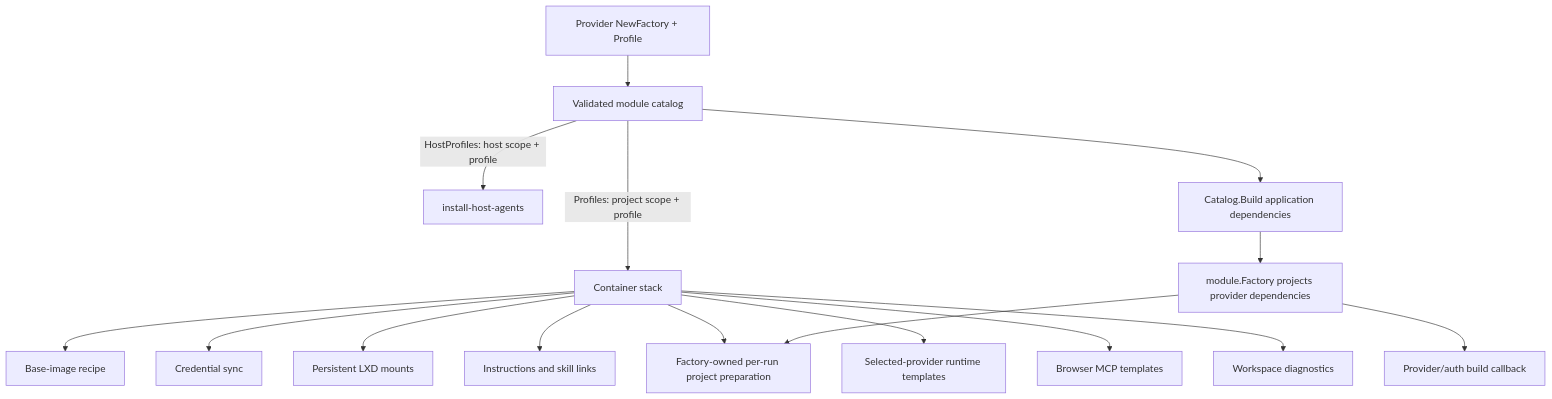
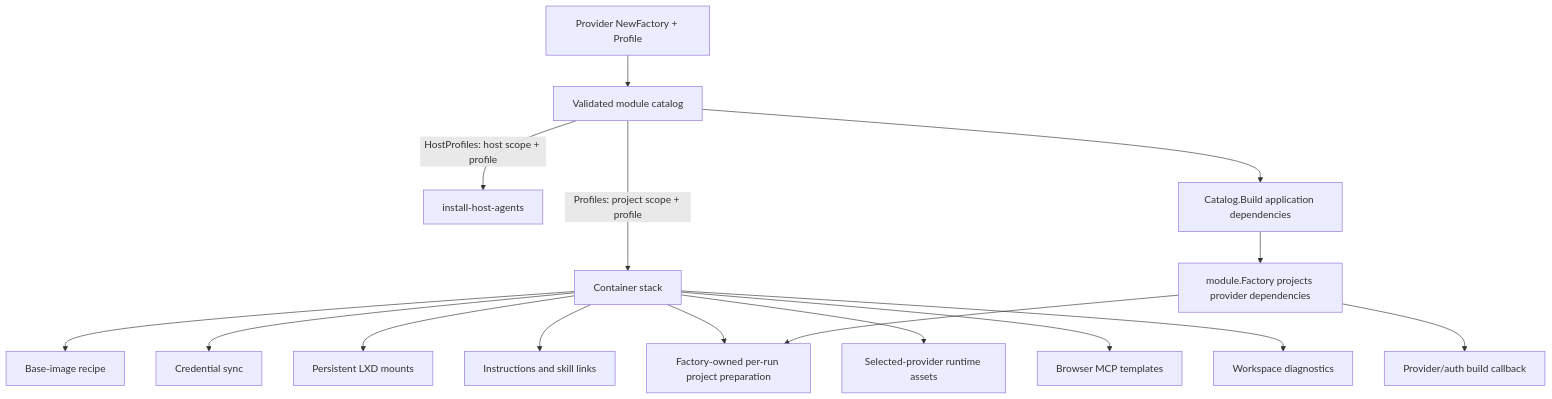
Before and after one commit to AbdallahMohamedDotnet/remote.futrx: the diagram in docs/dev/agents/05-provisioning-and-updates.md, drawn with Mermaid. The commit also changed other lines of this file and 7 other files, not shown here.

````diff
--- a/docs/dev/agents/05-provisioning-and-updates.md
+++ b/docs/dev/agents/05-provisioning-and-updates.md
@@ -58,18 +58,18 @@
 ```mermaid
 flowchart TD
     Factory["Provider NewFactory + Profile"] --> Modules["Validated module catalog"]
     Modules -->|HostProfiles: host scope + profile| Host["install-host-agents"]
     Modules -->|Profiles: project scope + profile| Stack["Container stack"]
     Modules --> Build["Catalog.Build application dependencies"]
     Build --> ModuleFactory["module.Factory projects provider dependencies"]
     ModuleFactory --> Prepare["Factory-owned per-run project preparation"]
     ModuleFactory --> Callback["Provider/auth build callback"]
     Stack --> Image["Base-image recipe"]
     Stack --> Prepare
     Stack --> Credentials["Credential sync"]
     Stack --> Lifecycle["Persistent LXD mounts"]
     Stack --> Workspace["Instructions and skill links"]
-    Stack --> RuntimeAssets["Selected-provider runtime templates"]
+    Stack --> RuntimeAssets["Selected-provider runtime assets"]
     Stack --> Browser["Browser MCP templates"]
     Stack --> Inspection["Workspace diagnostics"]
 ```
````
